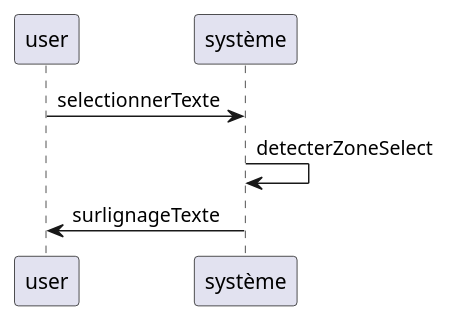
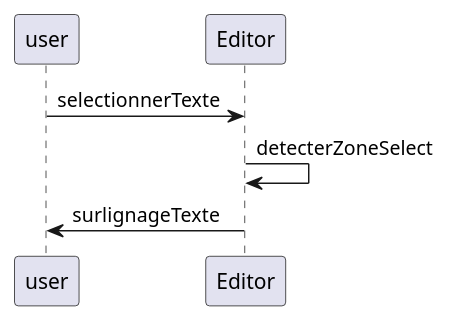
Before and after one commit to kiurow590/ESIR2_OMD_Project_Editor: the diagram in UMLDiag/v1/SequenceSelectionner.puml, drawn with PlantUML. The commit also changed 12 other files, not shown here.

```diff
--- a/UMLDiag/v1/SequenceSelectionner.puml
+++ b/UMLDiag/v1/SequenceSelectionner.puml
@@ -1,7 +1,7 @@
 @startuml
 'https://plantuml.com/sequence-diagram
-user -> système: selectionnerTexte
-système -> système: detecterZoneSelect
-système -> user: surlignageTexte
+user -> Editor: selectionnerTexte
+Editor -> Editor: detecterZoneSelect
+Editor -> user: surlignageTexte
 
 @enduml
```
